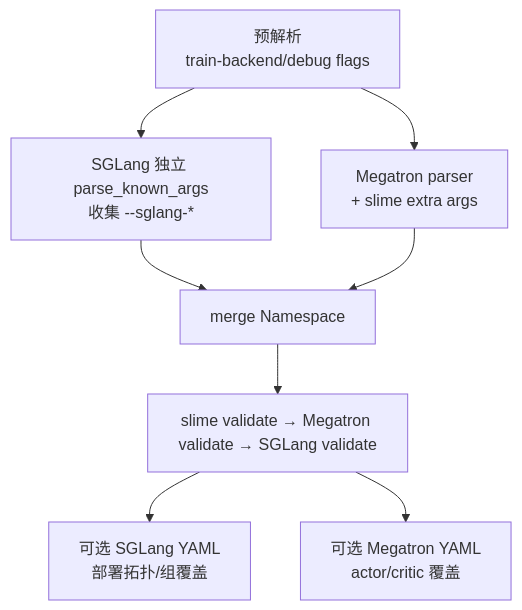
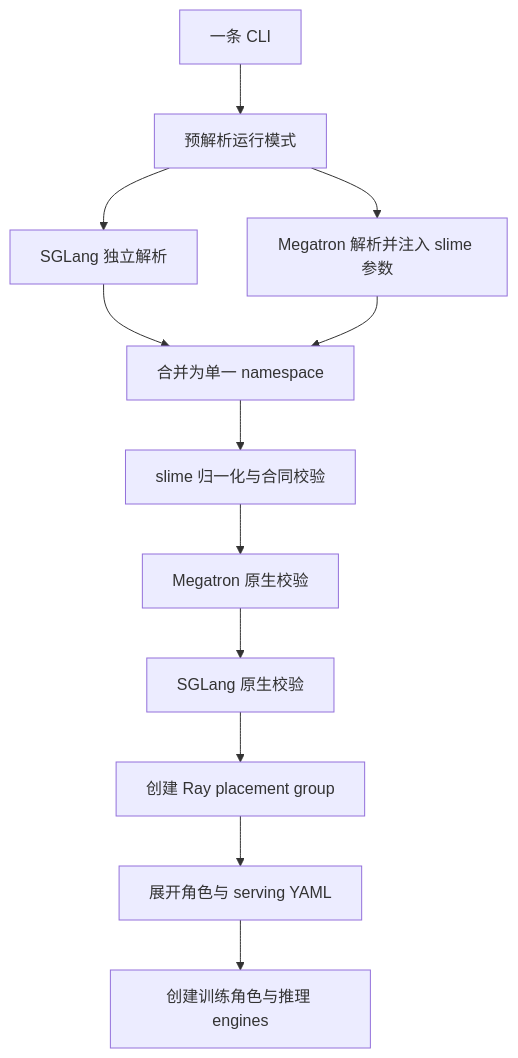
One commit to suhaibo666/llm-knowledge changed the diagram in wiki/02_engineering/04_posttrain_frameworks/slime/02_slime_quickstart_and_configuration_guide.md. Above: the diagram before and after it, drawn with Mermaid. The commit also changed other lines of this file and 2 other files, not shown here.

Commit message:
docs: explain slime architecture and iteration design

````diff
--- a/wiki/02_engineering/04_posttrain_frameworks/slime/02_slime_quickstart_and_configuration_guide.md
+++ b/wiki/02_engineering/04_posttrain_frameworks/slime/02_slime_quickstart_and_configuration_guide.md
@@ -24,10 +50,14 @@
 ```mermaid
 flowchart TB
-    P0["预解析<br/>train-backend/debug flags"] --> P1["SGLang 独立 parse_known_args<br/>收集 --sglang-*"]
-    P0 --> P2["Megatron parser<br/>+ slime extra args"]
-    P1 --> M["merge Namespace"]
-    P2 --> M
-    M --> V["slime validate → Megatron validate → SGLang validate"]
-    V --> Y1["可选 SGLang YAML<br/>部署拓扑/组覆盖"]
-    V --> Y2["可选 Megatron YAML<br/>actor/critic 覆盖"]
+    CLI["一条 CLI"] --> PRE["预解析运行模式"]
+    PRE --> SGL["SGLang 独立解析"]
+    PRE --> MEG["Megatron 解析并注入 slime 参数"]
+    SGL --> NS["合并为单一 namespace"]
+    MEG --> NS
+    NS --> SV["slime 归一化与合同校验"]
+    SV --> MV["Megatron 原生校验"]
+    MV --> GV["SGLang 原生校验"]
+    GV --> RAY["创建 Ray placement group"]
+    RAY --> YAML["展开角色与 serving YAML"]
+    YAML --> OBJ["创建训练角色与推理 engines"]
 ```
````
